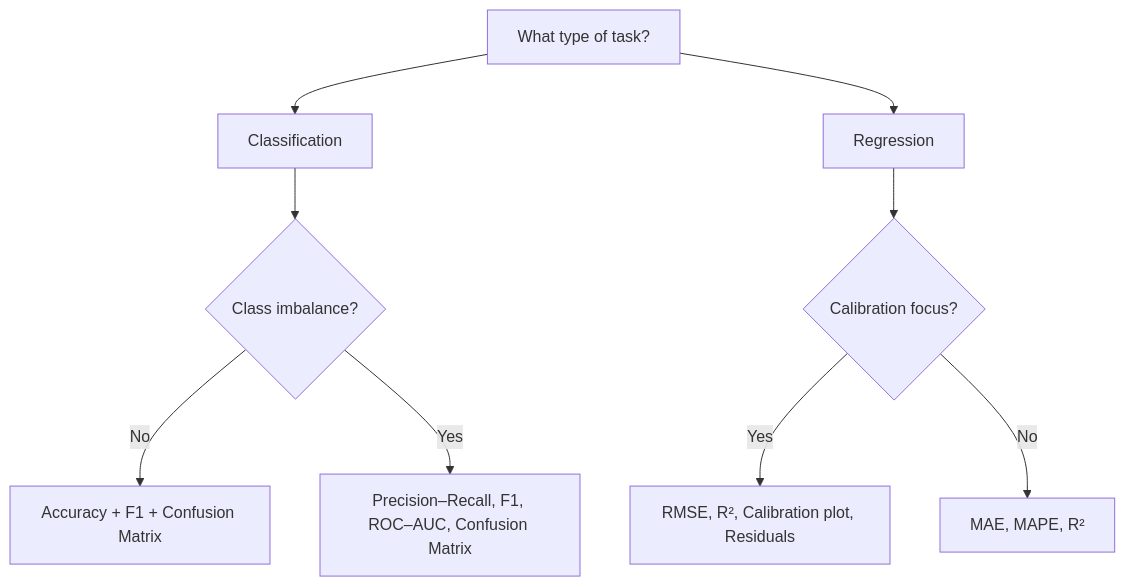
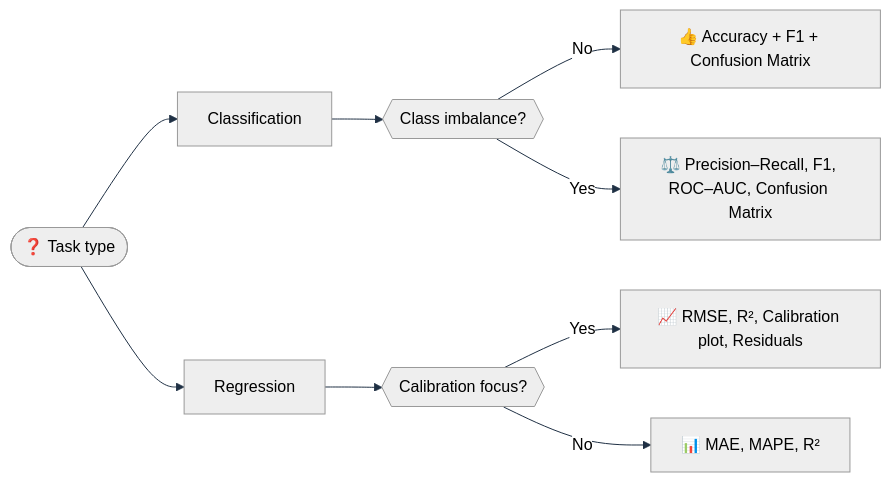
The second of 2 diagrams in docs/metrics/metrics_and_evaluation.md (chandrasekarnarayana/foodspec), drawn with Mermaid before and after one commit. The commit also changed 13 other files, not shown here.

Commit message:
updated flow charts

````diff
--- a/docs/metrics/metrics_and_evaluation.md
+++ b/docs/metrics/metrics_and_evaluation.md
@@ -80,13 +80,14 @@
 ```mermaid
-flowchart TD
-    A[What type of task?] --> B[Classification]
+%%{init: {'theme':'neutral', 'themeVariables': { 'primaryColor': '#e8f0ff', 'secondaryColor': '#fbe9e7', 'lineColor': '#1f3044' }}}%%
+flowchart LR
+    A([❓ Task type]) --> B[Classification]
     A --> C[Regression]
 
-    B --> B1{Class imbalance?}
-    B1 -->|No| B2[Accuracy + F1 + Confusion Matrix]
-    B1 -->|Yes| B3[Precision–Recall, F1, ROC–AUC, Confusion Matrix]
+    B --> B1{{Class imbalance?}}
+    B1 -->|No| B2[👍 Accuracy + F1 + Confusion Matrix]
+    B1 -->|Yes| B3[⚖️ Precision–Recall, F1, ROC–AUC, Confusion Matrix]
 
-    C --> C1{Calibration focus?}
-    C1 -->|Yes| C2[RMSE, R², Calibration plot, Residuals]
-    C1 -->|No| C3[MAE, MAPE, R²]
+    C --> C1{{Calibration focus?}}
+    C1 -->|Yes| C2[📈 RMSE, R², Calibration plot, Residuals]
+    C1 -->|No| C3[📊 MAE, MAPE, R²]
 ```
````
